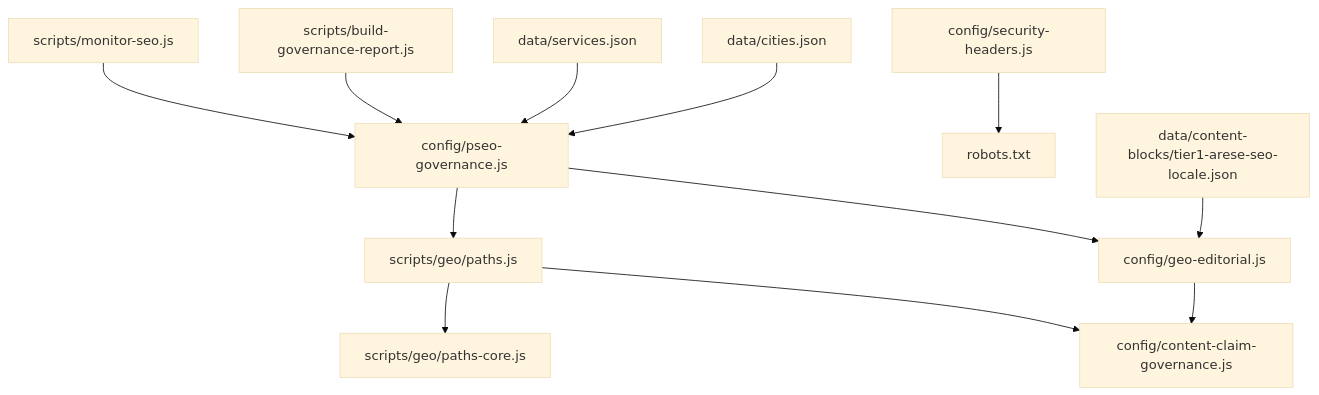
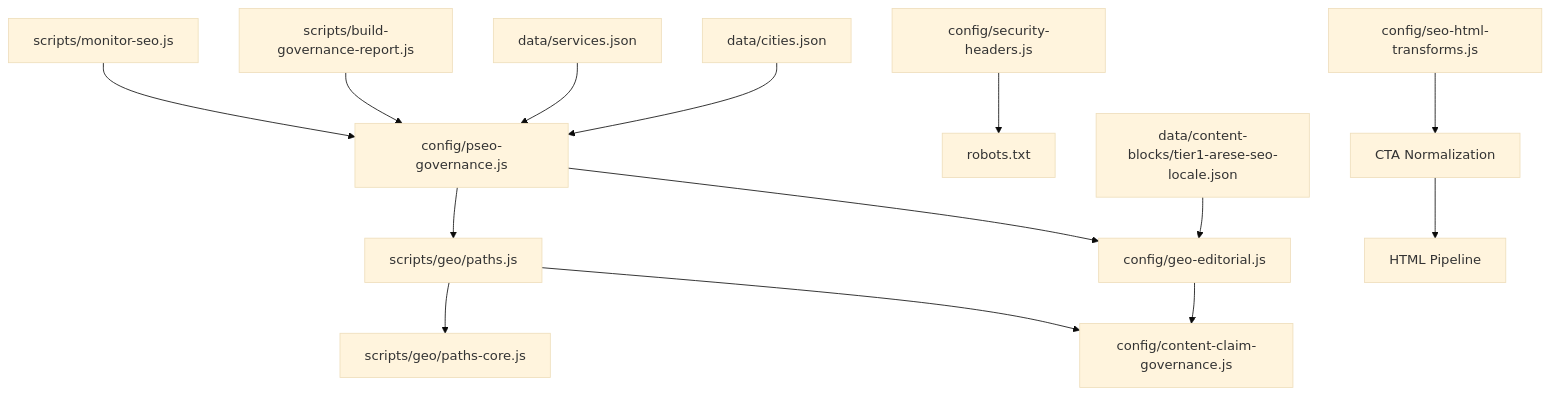
One commit to Massimilianociconte/WebNovis changed the first of 6 diagrams in .qoder/repowiki/en/content/Security Implementation/SEO Governance & Content Security.md. Above: the diagram before and after it, drawn with Mermaid (base theme). The commit also changed other lines of this file and 1261 other files, not shown here.

````diff
--- a/.qoder/repowiki/en/content/Security Implementation/SEO Governance & Content Security.md
+++ b/.qoder/repowiki/en/content/Security Implementation/SEO Governance & Content Security.md
@@ -50,14 +60,16 @@
 ```mermaid
 graph TB
 A["config/pseo-governance.js"] --> B["scripts/geo/paths.js"]
 A --> C["config/geo-editorial.js"]
 B --> D["scripts/geo/paths-core.js"]
 C --> E["config/content-claim-governance.js"]
 B --> E
 F["config/security-headers.js"] --> G["robots.txt"]
 H["scripts/monitor-seo.js"] --> A
 I["scripts/build-governance-report.js"] --> A
 J["data/services.json"] --> A
 K["data/cities.json"] --> A
 L["data/content-blocks/tier1-arese-seo-locale.json"] --> C
+M["config/seo-html-transforms.js"] --> N["CTA Normalization"]
+N --> O["HTML Pipeline"]
 ```
````
